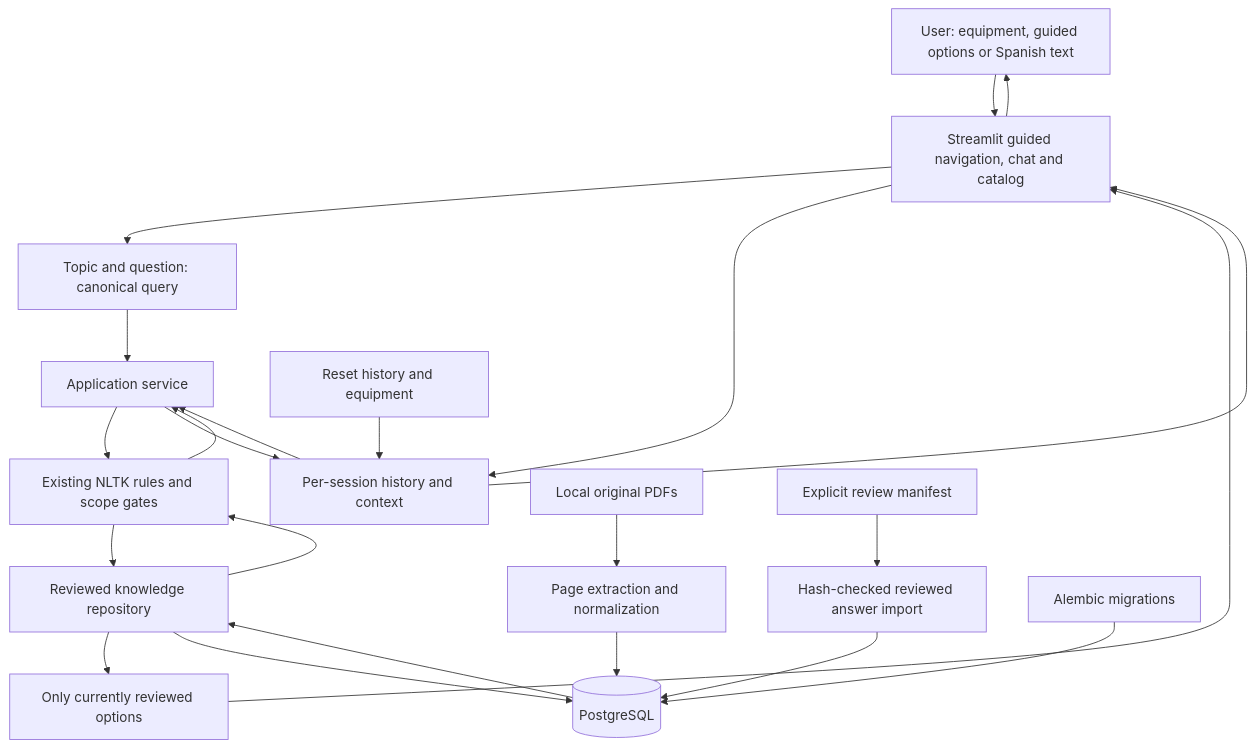
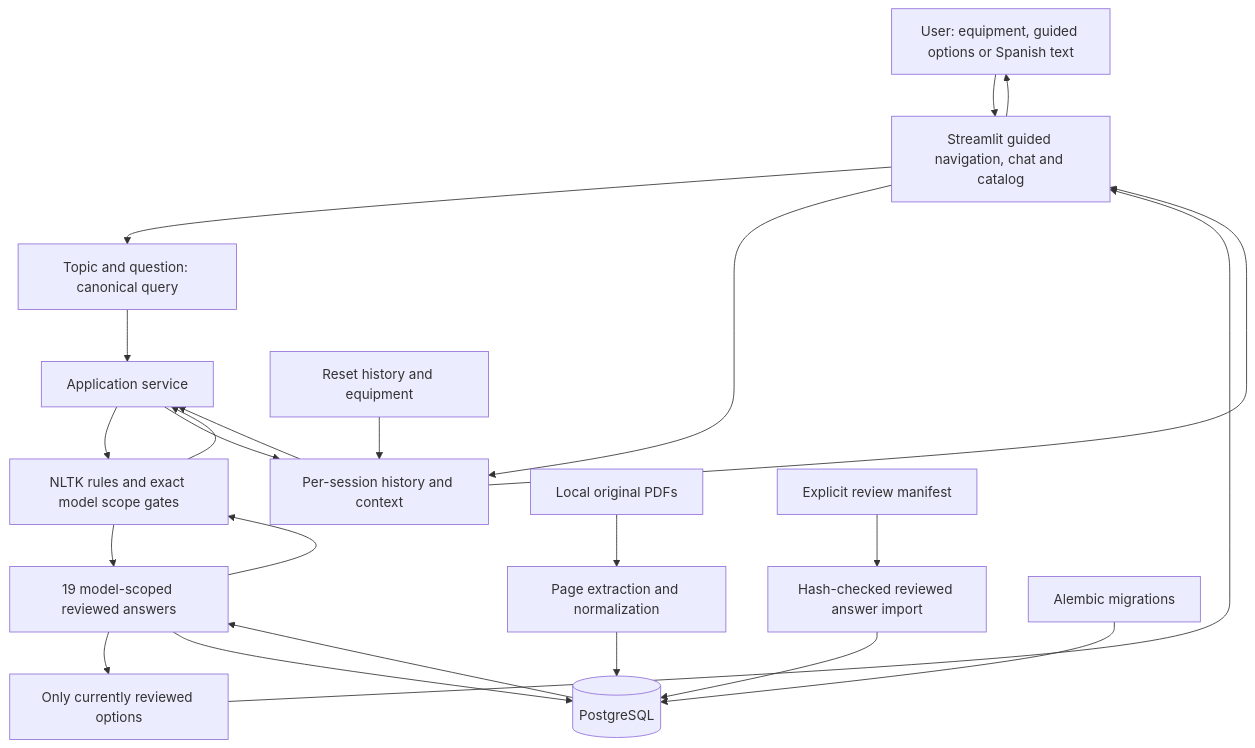
One commit to Praxisinfinitum/TechnicalNexus changed the diagram in docs/architecture/current.mmd. Above: the diagram before and after it, drawn with Mermaid. The commit also changed 33 other files, not shown here.

Commit message:
Integrate Brother DCP-T220 and Canon C3935i with reviewed model-specific knowledge

```diff
--- a/docs/architecture/current.mmd
+++ b/docs/architecture/current.mmd
@@ -1,23 +1,23 @@
 flowchart TD
     USER[User: equipment, guided options or Spanish text] --> UI[Streamlit guided navigation, chat and catalog]
     UI --> NAV[Topic and question: canonical query]
     NAV --> SERVICE
     REPO --> FILTER[Only currently reviewed options]
     FILTER --> UI
     UI --> STATE[Per-session history and context]
     STATE --> SERVICE[Application service]
-    SERVICE --> RULES[Existing NLTK rules and scope gates]
-    RULES --> REPO[Reviewed knowledge repository]
+    SERVICE --> RULES[NLTK rules and exact model scope gates]
+    RULES --> REPO[19 model-scoped reviewed answers]
     REPO --> DB[(PostgreSQL)]
     DB --> REPO
     REPO --> RULES
     RULES --> SERVICE
     SERVICE --> STATE
     STATE --> UI
     UI --> USER
     RESET[Reset history and equipment] --> STATE
     PDF[Local original PDFs] --> IMPORT[Page extraction and normalization]
     REVIEW[Explicit review manifest] --> SEED[Hash-checked reviewed answer import]
     IMPORT --> DB
     SEED --> DB
     MIG[Alembic migrations] --> DB
```
